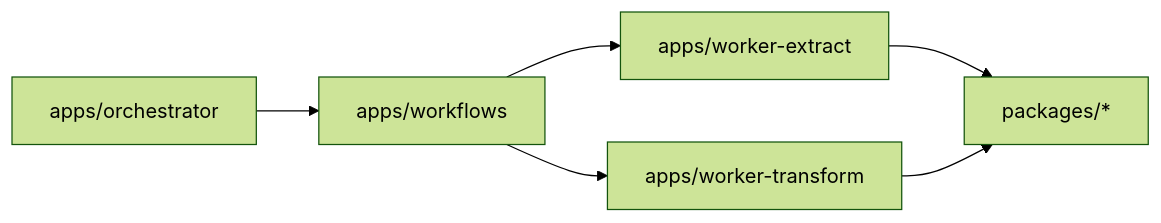
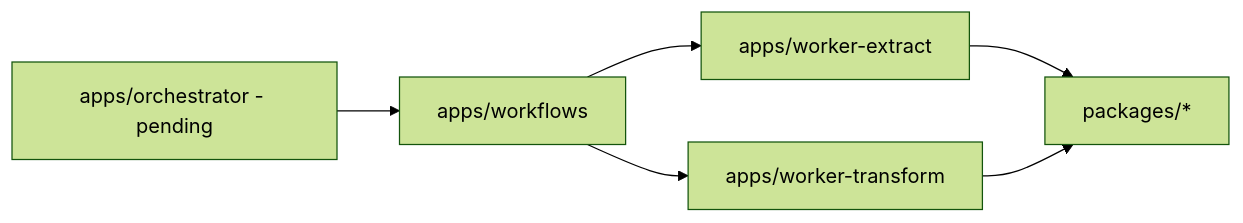
The diagram in lode/summary.md (dxta-dev/pipeline), drawn with Mermaid (forest theme) before and after one commit. The commit also changed other lines of this file and 20 other files, not shown here.

````diff
--- a/lode/summary.md
+++ b/lode/summary.md
@@ -39,8 +43,8 @@
 ```mermaid
 flowchart LR
-  orchestrator[apps/orchestrator] --> workflows[apps/workflows]
+  orchestrator[apps/orchestrator - pending] --> workflows[apps/workflows]
   workflows --> workerExtract[apps/worker-extract]
   workflows --> workerTransform[apps/worker-transform]
   workerExtract --> packages[packages/*]
   workerTransform --> packages
 ```
````
